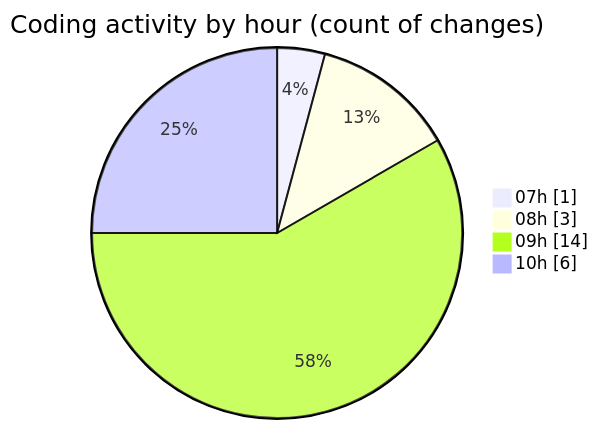
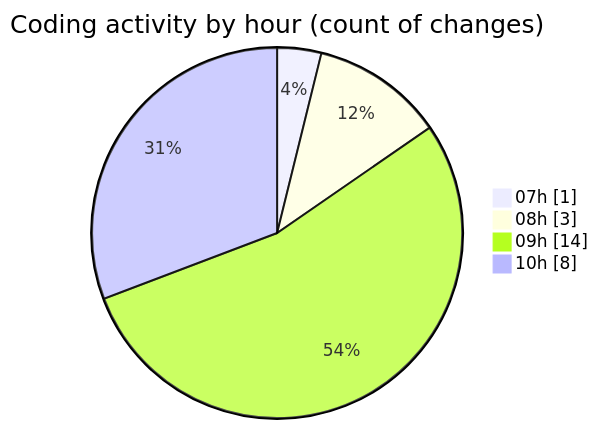
Before and after one commit to tmsrecording-cyber/code-tracking: the second of 2 diagrams in 2026-02-02/singularitybrainai/README.md, drawn with Mermaid. The commit also changed other lines of this file and 1 other file, not shown here.

````diff
--- a/2026-02-02/singularitybrainai/README.md
+++ b/2026-02-02/singularitybrainai/README.md
@@ -37,8 +37,8 @@
 ```mermaid
 pie showData
 title Coding activity by hour (count of changes)
 "07h" : 1
 "08h" : 3
 "09h" : 14
-"10h" : 6
+"10h" : 8
 ```
````
